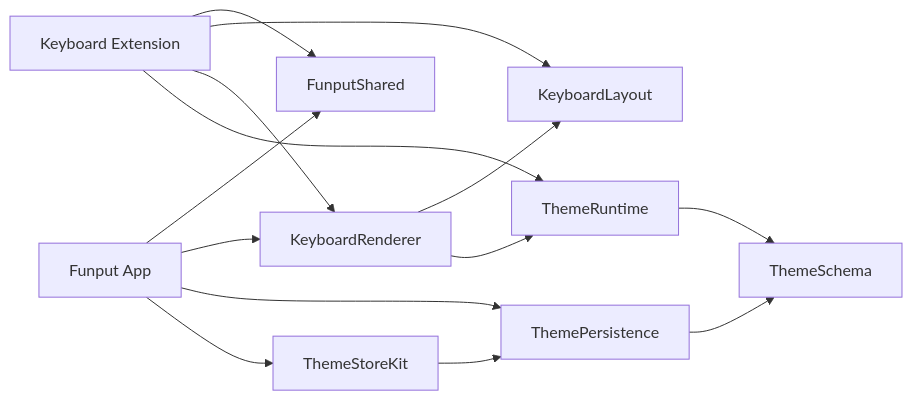
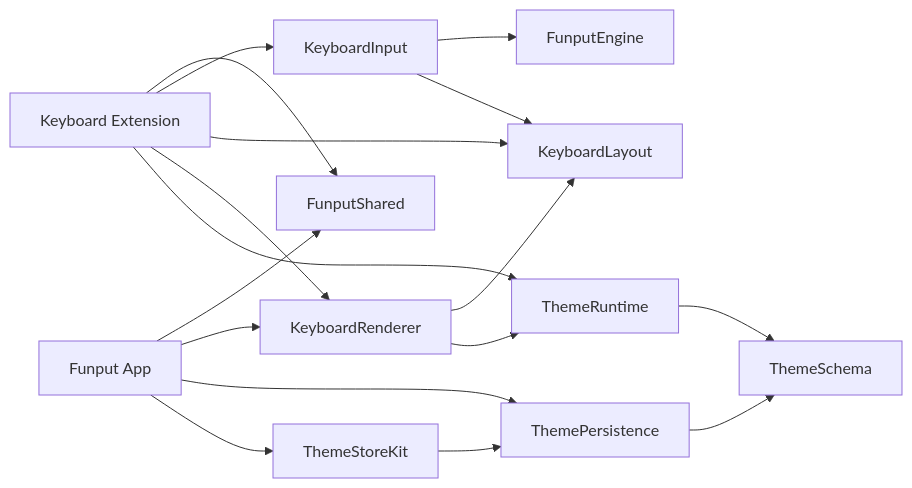
Before and after one commit to Funput/Funput: the third of 6 diagrams in platforms/ios/docs/ARCHITECTURE.md, drawn with Mermaid. The commit also changed other lines of this file and 34 other files, not shown here.

First line of the commit message:
feat(ios): implement KeyboardInput package for enhanced input handling

````diff
--- a/platforms/ios/docs/ARCHITECTURE.md
+++ b/platforms/ios/docs/ARCHITECTURE.md
@@ -193,16 +194,19 @@
 ```mermaid
 flowchart LR
     App["Funput App"] --> Shared["FunputShared"]
     App --> Renderer["KeyboardRenderer"]
     App --> Persistence["ThemePersistence"]
     App --> Store["ThemeStoreKit"]
     Keyboard["Keyboard Extension"] --> Shared
+    Keyboard --> Input["KeyboardInput"]
+    Input --> Engine["FunputEngine"]
+    Input --> Layout
     Keyboard --> Layout["KeyboardLayout"]
     Keyboard --> Renderer
     Keyboard --> Runtime["ThemeRuntime"]
     Renderer --> Layout
     Renderer --> Runtime
     Runtime --> Schema["ThemeSchema"]
     Persistence --> Schema
     Store --> Persistence
 ```
````
